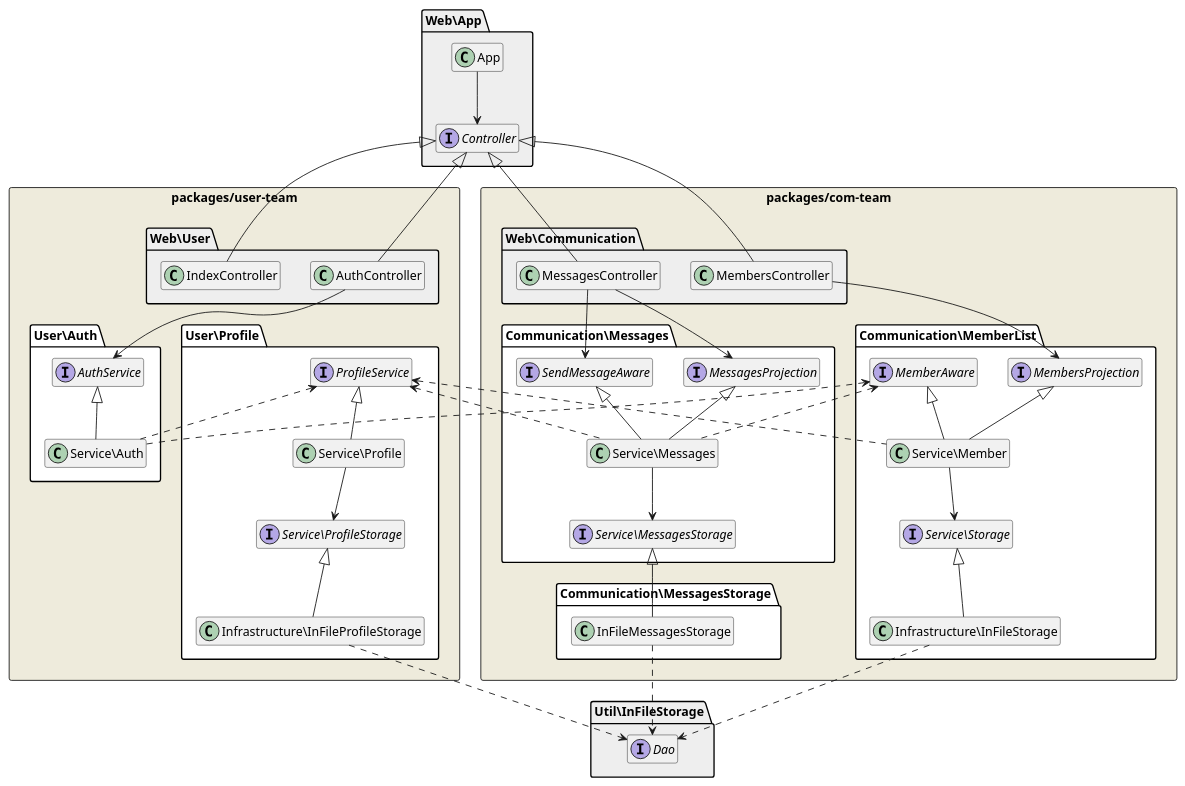
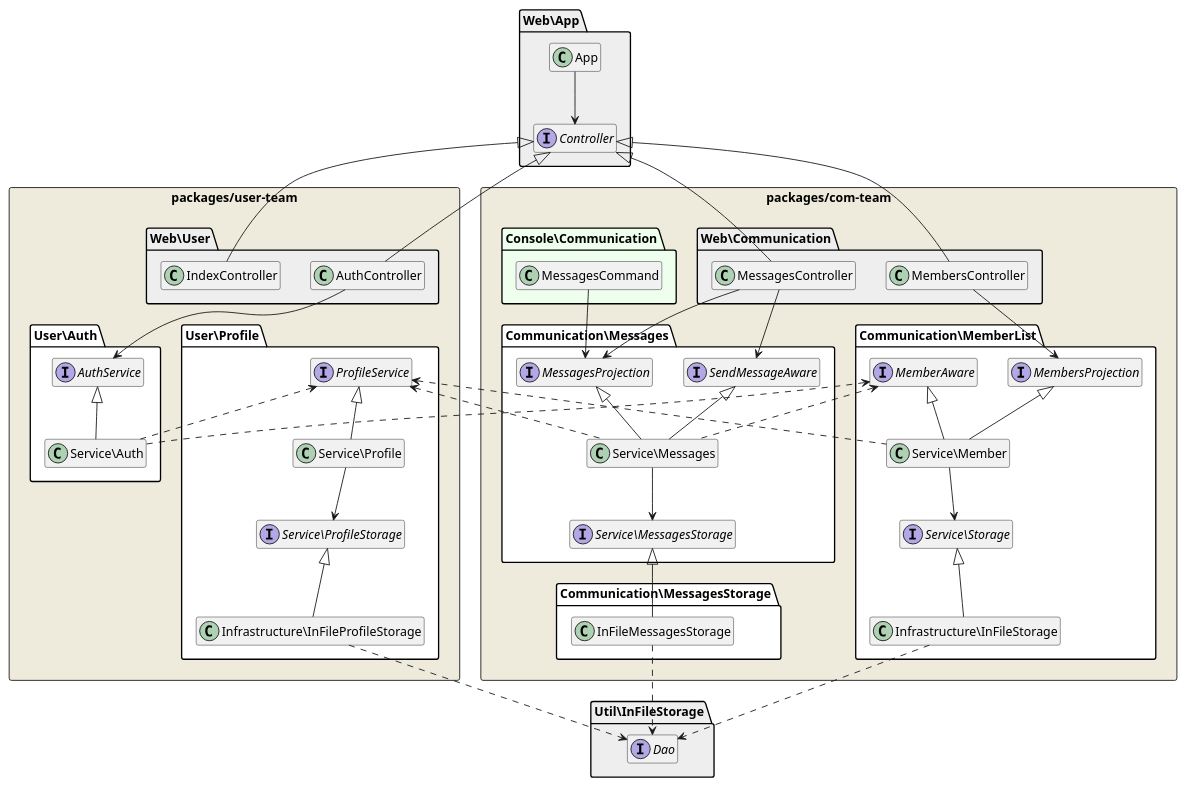
One commit to SteadyUA/crispy-parakeet changed the diagram in architecture.puml. Above: the diagram before and after it, drawn with PlantUML. The commit also changed other lines of this file, not shown here.

Commit message:
improved class diagramm

```diff
--- a/architecture.puml
+++ b/architecture.puml
@@ -1,85 +2,89 @@
 @startuml
 hide fields
 hide methods
 
 skinparam package {
     backgroundColor white
 }
 
 package packages/user-team <<Rectangle>> #EEEBDC {
     package User\Auth {
         interface AuthService
         AuthService <|-- Service\Auth
     }
 
     package User\Profile {
         interface ProfileService
         ProfileService <|-- Service\Profile
         interface Service\ProfileStorage
         Service\Profile --> Service\ProfileStorage
         Service\ProfileStorage <|-- Infrastructure\InFileProfileStorage
     }
 
     package Web\User #EEEEEE {
         AuthController --> AuthService
         class IndexController
     }
 }
 
 package packages/com-team <<Rectangle>> #EEEBDC {
     package Communication\Messages {
         interface MessagesProjection
         interface SendMessageAware
         MessagesProjection <|-- Service\Messages
         SendMessageAware <|-- Service\Messages
         interface Service\MessagesStorage
         Service\Messages --> Service\MessagesStorage
     }
 
     package Communication\MessagesStorage {
         Service\MessagesStorage <|-- InFileMessagesStorage
     }
 
     package Communication\MemberList {
         interface MemberAware
         interface MembersProjection
         MemberAware <|-- Service\Member
         MembersProjection <|-- Service\Member
         interface Service\Storage
         Service\Member --> Service\Storage
         Service\Storage <|-- Infrastructure\InFileStorage
     }
 
     package Web\Communication #EEEEEE {
         MessagesController --> SendMessageAware
         MessagesController --> MessagesProjection
         MembersController --> MembersProjection
     }
+
+    package Console\Communication #EEFFEE {
+        MessagesCommand --> MessagesProjection
+    }
 }
 
 package Web\App #EEEEEE {
     App --> Controller
     interface Controller
     Controller <|-- AuthController
     Controller <|-- IndexController
     Controller <|-- MembersController
     Controller <|-- MessagesController
 }
 
 MemberAware <.. Service\Messages
 ProfileService <.. Service\Messages
 
 ProfileService <.. Service\Member
 
 ProfileService <.. Service\Auth
 MemberAware <.. Service\Auth
 
 package Util\InFileStorage #EEEEEE {
     interface Dao
 }
 
 Infrastructure\InFileStorage ..> Dao
 Infrastructure\InFileProfileStorage ..> Dao
 InFileMessagesStorage ..> Dao
 
 @enduml
```
